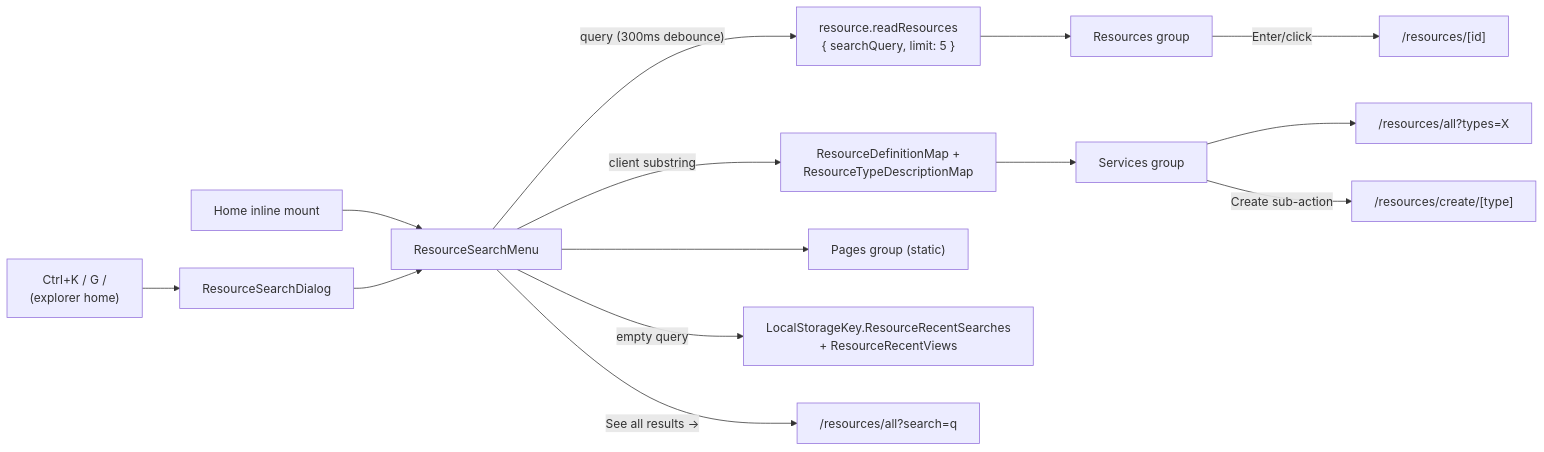
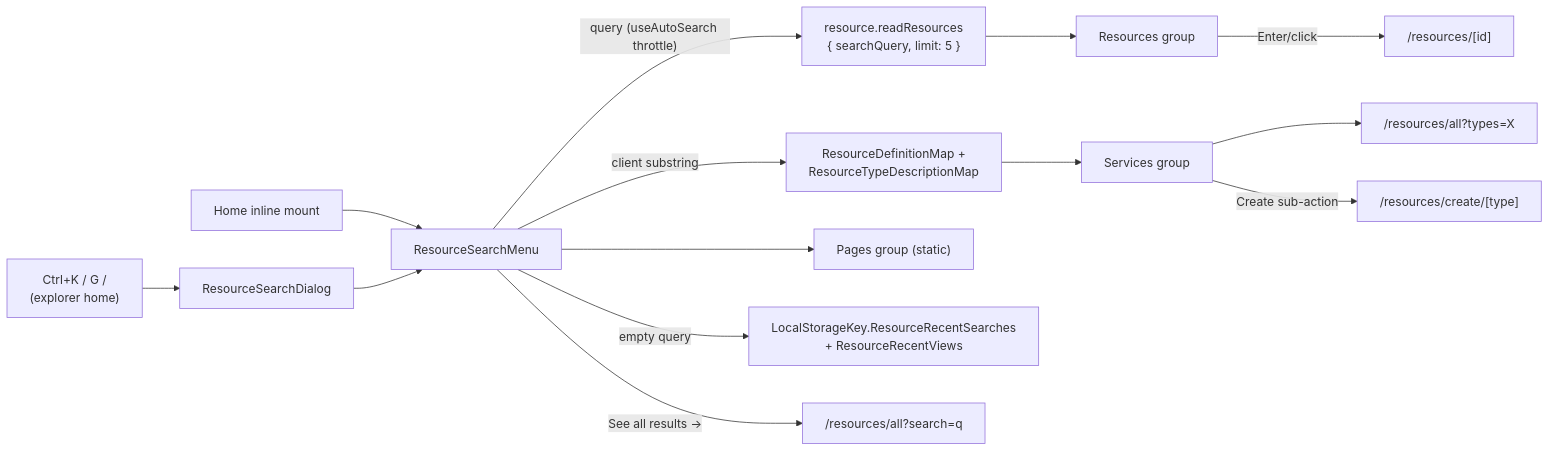
The diagram in packages/app/content/docs/platform/global-search.md (Esposter/Esposter), drawn with Mermaid before and after one commit. The commit also changed other lines of this file and 17 other files, not shown here.

````diff
--- a/packages/app/content/docs/platform/global-search.md
+++ b/packages/app/content/docs/platform/global-search.md
@@ -12,15 +12,15 @@
 ```mermaid
 flowchart LR
   HOME["Home inline mount"] --> SM["ResourceSearchMenu"]
   CK["Ctrl+K / G /<br/>(explorer home)"] --> DLG["ResourceSearchDialog"] --> SM
 
-  SM -->|"query (300ms debounce)"| RR["resource.readResources<br/>{ searchQuery, limit: 5 }"] --> RG["Resources group"]
+  SM -->|"query (useAutoSearch throttle)"| RR["resource.readResources<br/>{ searchQuery, limit: 5 }"] --> RG["Resources group"]
   SM -->|client substring| RDM["ResourceDefinitionMap +<br/>ResourceTypeDescriptionMap"] --> SG["Services group"]
   SM --> PG["Pages group (static)"]
   SM -->|empty query| LS["LocalStorageKey.ResourceRecentSearches<br/>+ ResourceRecentViews"]
 
   RG -->|Enter/click| RES["/resources/[id]"]
   SG --> ALLT["/resources/all?types=X"]
   SG -->|Create sub-action| CT["/resources/create/[type]"]
   SM -->|"See all results →"| ALL["/resources/all?search=q"]
 ```
````
